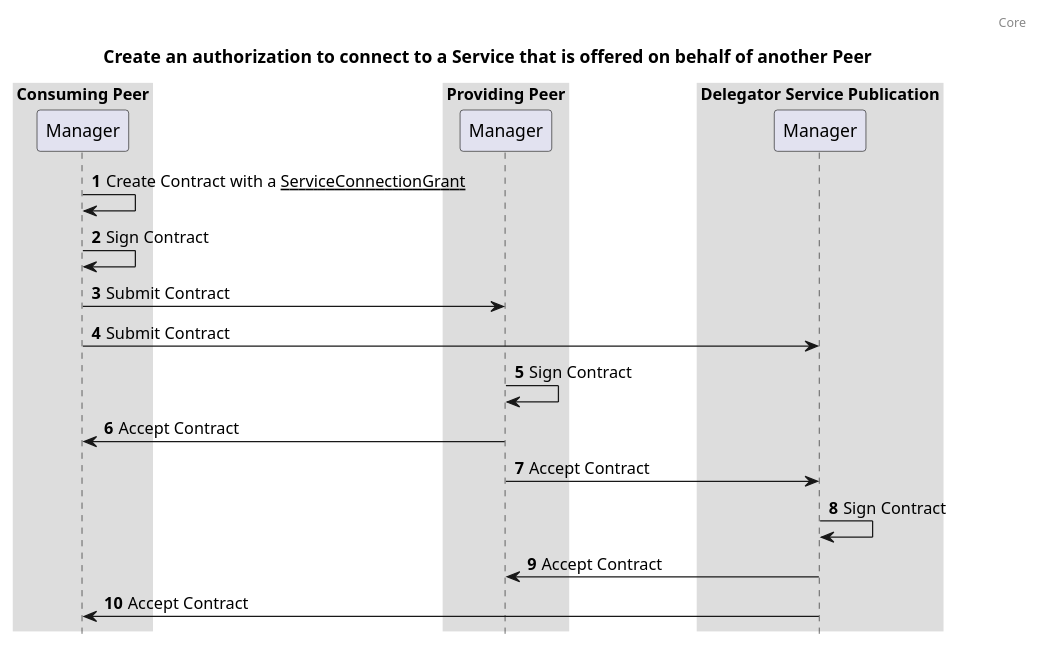
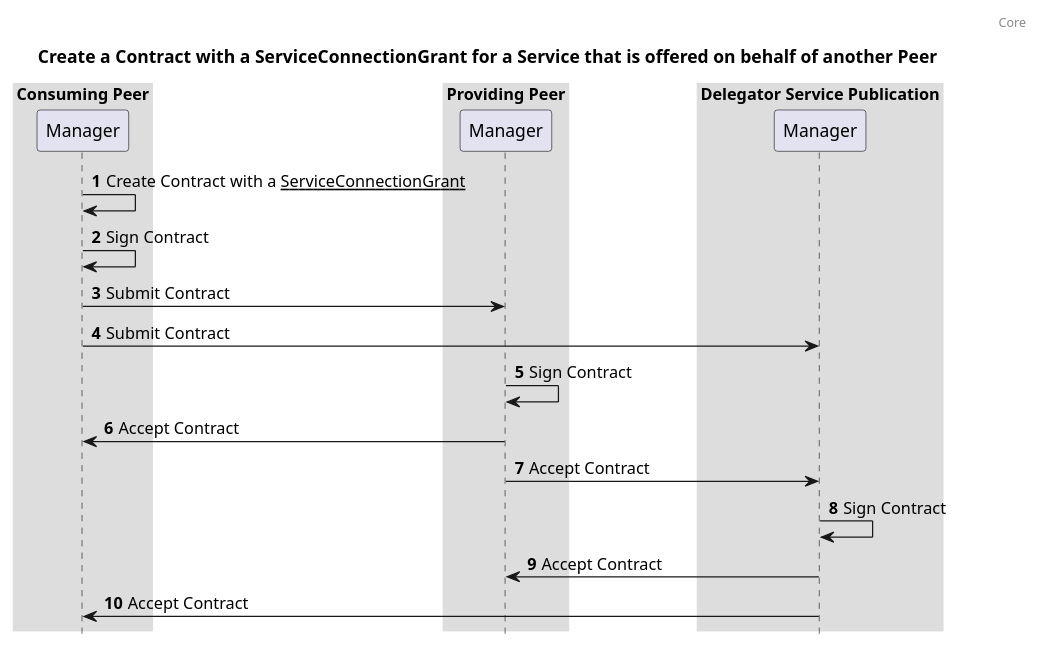
Before and after one commit to Logius-standaarden/fsc-core: the diagram in media/seq-create-an-authorization-to-connect-delegated-publication.puml, drawn with PlantUML. The commit also changed 6 other files, not shown here.

```diff
--- a/media/seq-create-an-authorization-to-connect-delegated-publication.puml
+++ b/media/seq-create-an-authorization-to-connect-delegated-publication.puml
@@ -1,34 +1,34 @@
 @startuml
 
 autonumber
 header: Core
-title: Create an authorization to connect to a Service that is offered on behalf of another Peer
+title: Create a Contract with a ServiceConnectionGrant for a Service that is offered on behalf of another Peer
 
 box "Consuming Peer"
   participant "Manager" as managerConsumingPeer
 end box
 
 box "Providing Peer"
   participant "Manager" as managerProvidingPeer
 end box
 
 box "Delegator Service Publication"
   participant "Manager" as managerDelegatorServicePublication
 end box
 
 managerConsumingPeer -> managerConsumingPeer: Create Contract with a __ServiceConnectionGrant__
 managerConsumingPeer -> managerConsumingPeer: Sign Contract
 managerConsumingPeer -> managerProvidingPeer: Submit Contract
 managerConsumingPeer -> managerDelegatorServicePublication: Submit Contract
 managerProvidingPeer -> managerProvidingPeer: Sign Contract
 managerProvidingPeer -> managerConsumingPeer: Accept Contract
 managerProvidingPeer -> managerDelegatorServicePublication: Accept Contract
 managerDelegatorServicePublication -> managerDelegatorServicePublication: Sign Contract
 managerDelegatorServicePublication -> managerProvidingPeer: Accept Contract
 managerDelegatorServicePublication -> managerConsumingPeer: Accept Contract
 
 skinparam sequenceBoxBorderColor #transparent
 skinparam boxPadding 50
 hide footbox
 
 @enduml
```
